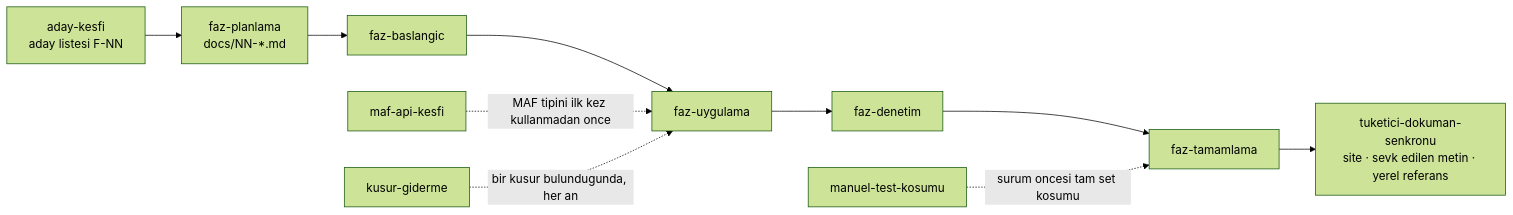
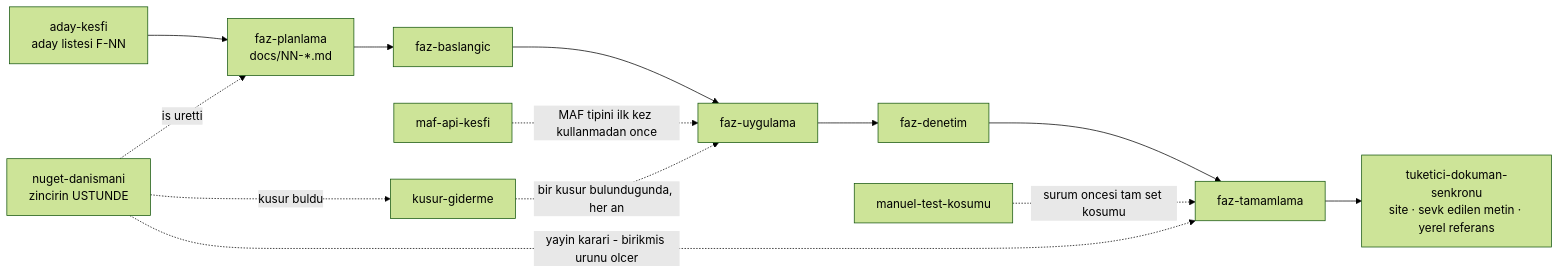
The diagram in .agents/skills/README.md (farukatasoy/Tracon), drawn with Mermaid (forest theme) before and after one commit. The commit also changed other lines of this file and 4 other files, not shown here.

Commit message:
nuget-danismani skill eklendi

````diff
--- a/.agents/skills/README.md
+++ b/.agents/skills/README.md
@@ -35,11 +35,14 @@
 ```mermaid
 flowchart LR
     accTitle: Skill zinciri ve zincir disi skiller
-    accDescr: Aday kesfi aday listesi uretir; faz planlama onu faz dokumanina cevirir; baslangic, uygulama, denetim ve tamamlama sirayla kosar; tamamlama tuketici dokuman senkronunu cagirir. Uc skill zincirin disindadir ve kesikli ok ile baglanir.
+    accDescr: Aday kesfi aday listesi uretir; faz planlama onu faz dokumanina cevirir; baslangic, uygulama, denetim ve tamamlama sirayla kosar; tamamlama tuketici dokuman senkronunu cagirir. Dort skill zincirin disindadir ve kesikli ok ile baglanir; nuget-danismani zincirin ustunde durur ve bulgularini planlama ile kusur gidermeye geri besler.
     A["aday-kesfi<br/>aday listesi F-NN"] --> B["faz-planlama<br/>docs/NN-*.md"]
     B --> C["faz-baslangic"] --> D["faz-uygulama"] --> E["faz-denetim"] --> F["faz-tamamlama"]
     F --> G["tuketici-dokuman-senkronu<br/>site · sevk edilen metin · yerel referans"]
     M["maf-api-kesfi"] -.->|"MAF tipini ilk kez kullanmadan once"| D
     K["kusur-giderme"] -.->|"bir kusur bulundugunda, her an"| D
     T["manuel-test-kosumu"] -.->|"surum oncesi tam set kosumu"| F
+    R["nuget-danismani<br/>zincirin USTUNDE"] -.->|"yayin karari - birikmis urunu olcer"| F
+    R -.->|"is uretti"| B
+    R -.->|"kusur buldu"| K
 ```
````
